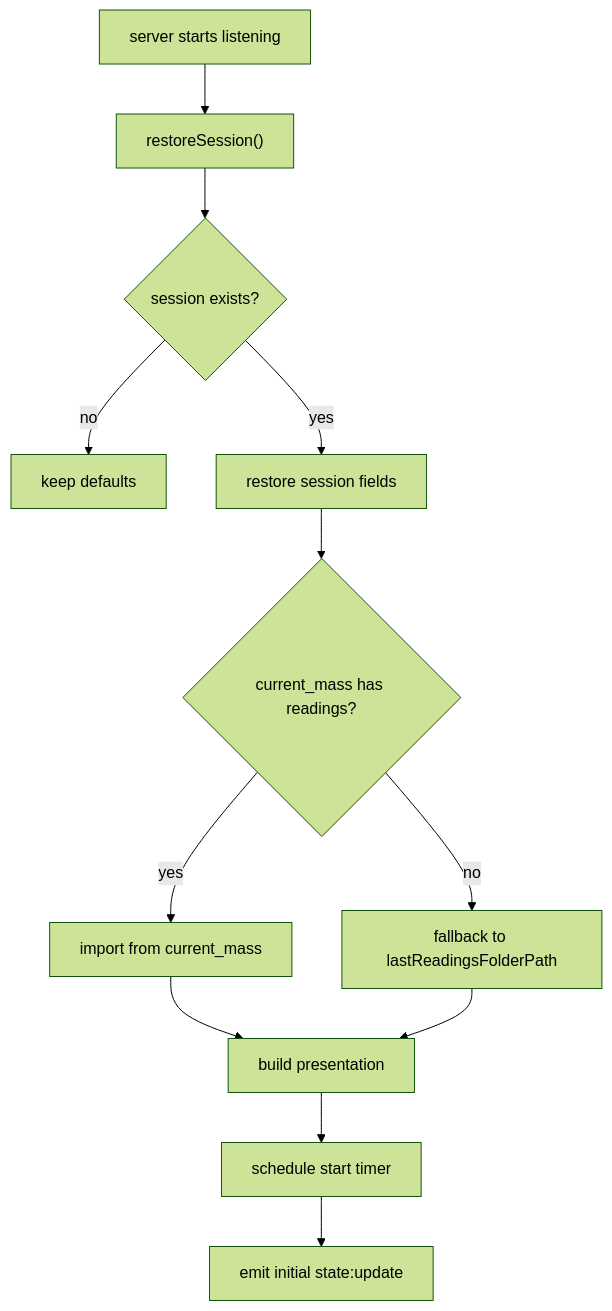
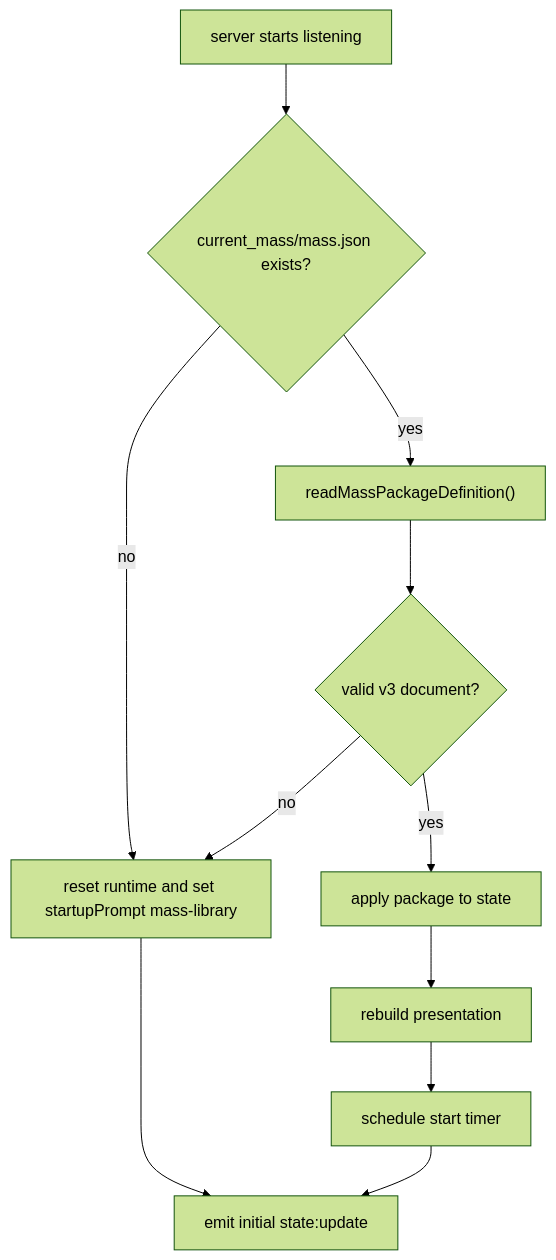
One commit to Saint-Therese-Of-Lisieux-Parish/sacra_lux changed diagram 15 of 15 in docs/workflows.md. Above: the diagram before and after it, drawn with Mermaid (forest theme). The commit also changed other lines of this file and 17 other files, not shown here.

First line of the commit message:
Refresh documentation set against current code

````diff
--- a/docs/workflows.md
+++ b/docs/workflows.md
@@ -172,14 +264,13 @@
 ```mermaid
 flowchart TD
-    A["server starts listening"] --> B["restoreSession()"]
-    B --> C{"session exists?"}
-    C -->|no| D["keep defaults"]
-    C -->|yes| E["restore session fields"]
-    E --> F{"current_mass has readings?"}
-    F -->|yes| G["import from current_mass"]
-    F -->|no| H["fallback to lastReadingsFolderPath"]
-    G --> I["build presentation"]
-    H --> I
-    I --> J["schedule start timer"]
-    J --> K["emit initial state:update"]
+    A["server starts listening"] --> B{"current_mass/mass.json exists?"}
+    B -->|no| C["reset runtime and set startupPrompt mass-library"]
+    B -->|yes| D["readMassPackageDefinition()"]
+    D --> E{"valid v3 document?"}
+    E -->|no| C
+    E -->|yes| F["apply package to state"]
+    F --> G["rebuild presentation"]
+    G --> H["schedule start timer"]
+    H --> I["emit initial state:update"]
+    C --> I
 ```
````
